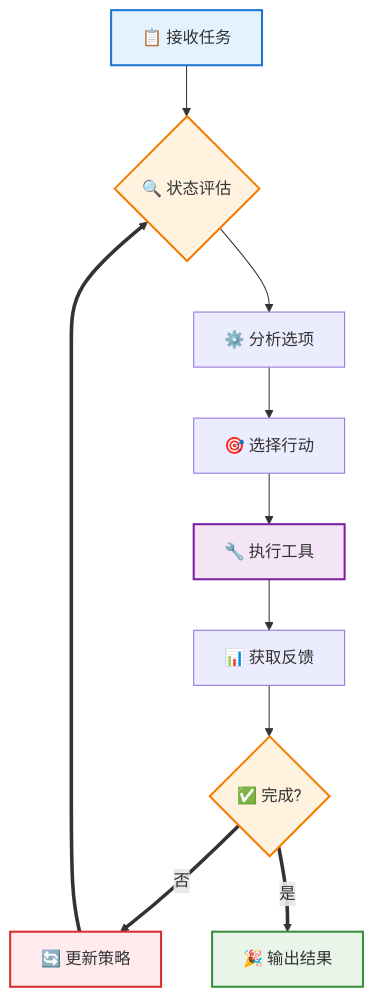
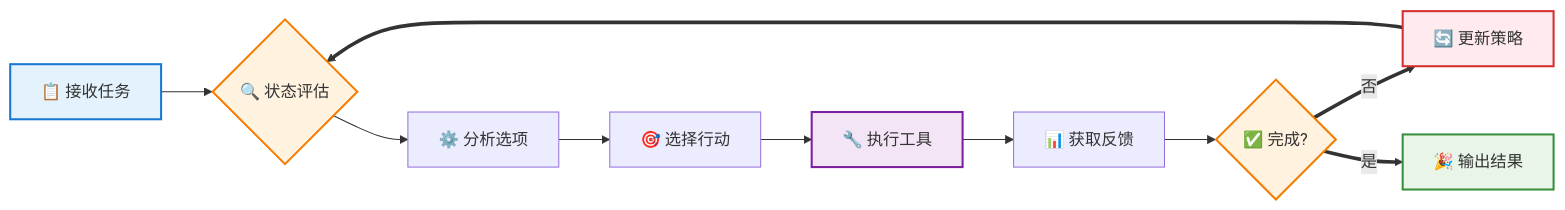
One commit to yxzf/claude-code-guide changed the first of 12 diagrams in AI_Agent_完整入门指南.md. Above: the diagram before and after it, drawn with Mermaid. The commit also changed other lines of this file, not shown here.

First line of the commit message:
优化图表布局：将所有流程图改为横排布局提升阅读体验

````diff
--- a/AI_Agent_完整入门指南.md
+++ b/AI_Agent_完整入门指南.md
@@ -48,19 +48,19 @@
 ```mermaid
-flowchart TD
+flowchart LR
     A[📋 接收任务] --> B{🔍 状态评估}
     B --> C[⚙️ 分析选项]
     C --> D[🎯 选择行动]
     D --> E[🔧 执行工具]
     E --> F[📊 获取反馈]
     F --> G{✅ 完成?}
     G ==>|否| H[🔄 更新策略]
     H ==> B
     G ==>|是| I[🎉 输出结果]
     
     style A fill:#e3f2fd,stroke:#1976d2,stroke-width:2px
     style I fill:#e8f5e8,stroke:#388e3c,stroke-width:2px
     style G fill:#fff3e0,stroke:#f57c00,stroke-width:2px
     style B fill:#fff3e0,stroke:#f57c00,stroke-width:2px
     style E fill:#f3e5f5,stroke:#7b1fa2,stroke-width:2px
     style H fill:#ffebee,stroke:#d32f2f,stroke-width:2px
 ```
````
